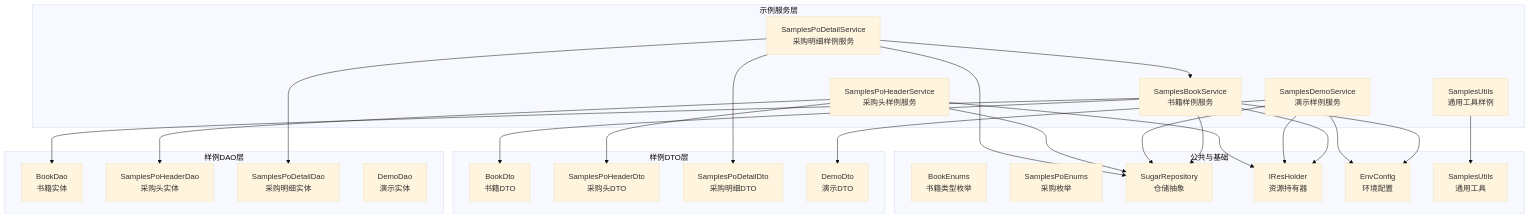
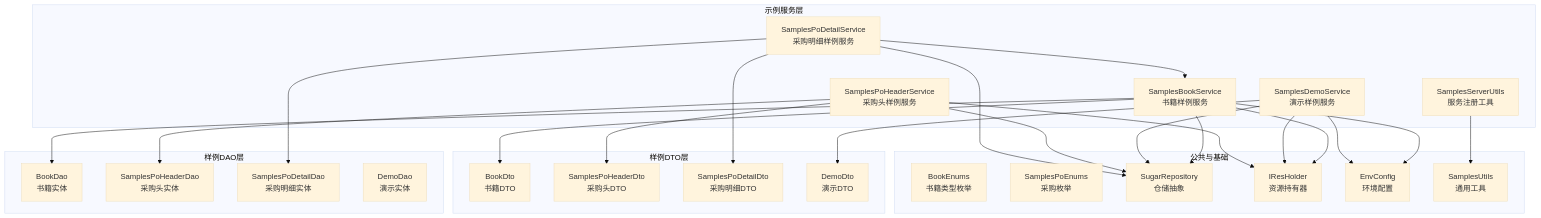
One commit to leadiot/Scm.Net changed the first of 6 diagrams in .qoder/repowiki/zh/content/示例项目/示例项目.md. Above: the diagram before and after it, drawn with Mermaid (base theme). The commit also changed other lines of this file and 17 other files, not shown here.

````diff
--- a/.qoder/repowiki/zh/content/示例项目/示例项目.md
+++ b/.qoder/repowiki/zh/content/示例项目/示例项目.md
@@ -67,48 +72,48 @@
 ```mermaid
 graph TB
 subgraph "示例服务层"
 SBook["SamplesBookService<br/>书籍样例服务"]
 SDemo["SamplesDemoService<br/>演示样例服务"]
 SPoH["SamplesPoHeaderService<br/>采购头样例服务"]
 SPoD["SamplesPoDetailService<br/>采购明细样例服务"]
-SUtils["SamplesUtils<br/>通用工具样例"]
+SUtils["SamplesServerUtils<br/>服务注册工具"]
 end
 subgraph "样例DAO层"
 DBook["BookDao<br/>书籍实体"]
 DPoH["SamplesPoHeaderDao<br/>采购头实体"]
 DPoD["SamplesPoDetailDao<br/>采购明细实体"]
 DDemo["DemoDao<br/>演示实体"]
 end
 subgraph "样例DTO层"
 DtoBook["BookDto<br/>书籍DTO"]
 DtoPoH["SamplesPoHeaderDto<br/>采购头DTO"]
 DtoPoD["SamplesPoDetailDto<br/>采购明细DTO"]
 DtoDemo["DemoDto<br/>演示DTO"]
 end
 subgraph "公共与基础"
 Enums["BookEnums<br/>书籍类型枚举"]
 PoEnums["SamplesPoEnums<br/>采购枚举"]
 Repo["SugarRepository<T><br/>仓储抽象"]
 Res["IResHolder<br/>资源持有器"]
 Conf["EnvConfig<br/>环境配置"]
 Utils["SamplesUtils<br/>通用工具"]
 end
 SBook --> DBook
 SBook --> DtoBook
 SBook --> Repo
 SBook --> Res
 SBook --> Conf
 SDemo --> DtoDemo
 SDemo --> Repo
 SDemo --> Res
 SDemo --> Conf
 SPoH --> DPoH
 SPoH --> DtoPoH
 SPoH --> Repo
 SPoH --> Res
 SPoD --> DPoD
 SPoD --> DtoPoD
 SPoD --> Repo
 SPoD --> SBook
 SUtils --> Utils
 ```
````
